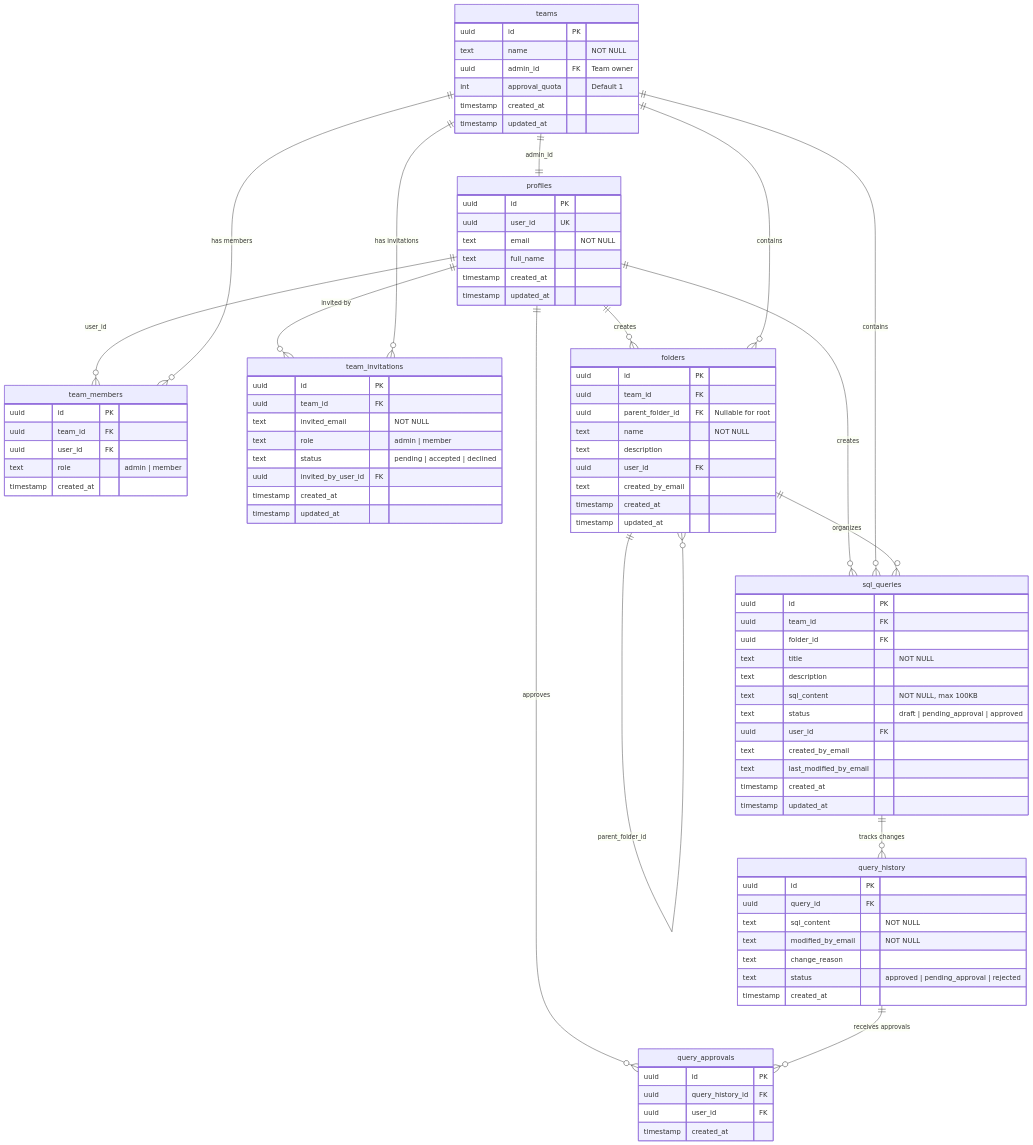
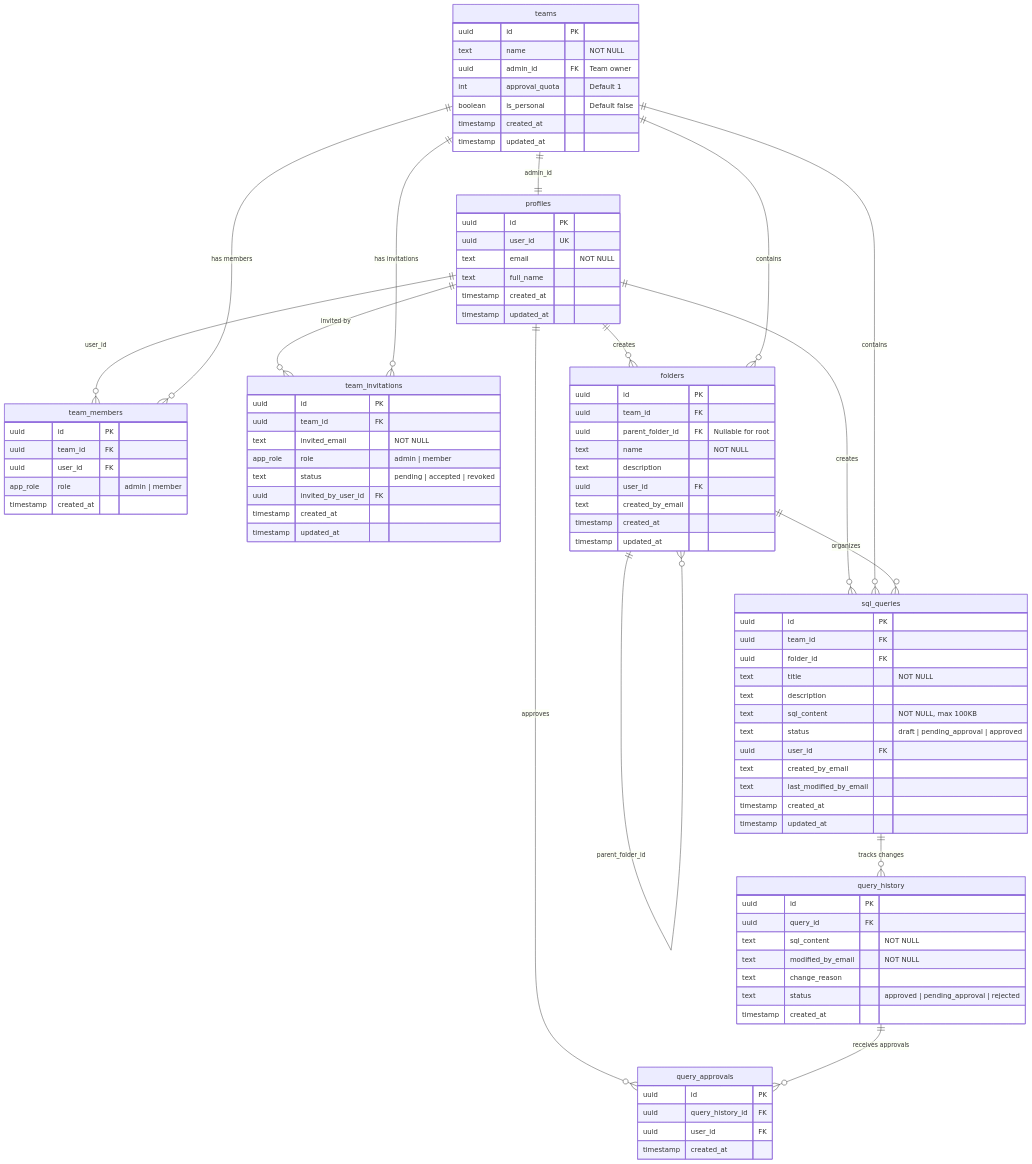
One commit to montrellcruse/quorum-sql changed the diagram in supabase/ERD.md. Above: the diagram before and after it, drawn with Mermaid. The commit also changed other lines of this file and 1 other file, not shown here.

First line of the commit message:
docs: sync schema.sql and ERD.md with squashed baseline

```diff
--- a/supabase/ERD.md
+++ b/supabase/ERD.md
@@ -39,6 +39,7 @@
         text name "NOT NULL"
         uuid admin_id FK "Team owner"
         int approval_quota "Default 1"
+        boolean is_personal "Default false"
         timestamp created_at
         timestamp updated_at
     }
@@ -47,7 +48,7 @@
         uuid id PK
         uuid team_id FK
         uuid user_id FK
-        text role "admin | member"
+        app_role role "admin | member"
         timestamp created_at
     }
 
@@ -55,8 +56,8 @@
         uuid id PK
         uuid team_id FK
         text invited_email "NOT NULL"
-        text role "admin | member"
-        text status "pending | accepted | declined"
+        app_role role "admin | member"
+        text status "pending | accepted | revoked"
         uuid invited_by_user_id FK
         timestamp created_at
         timestamp updated_at
```
